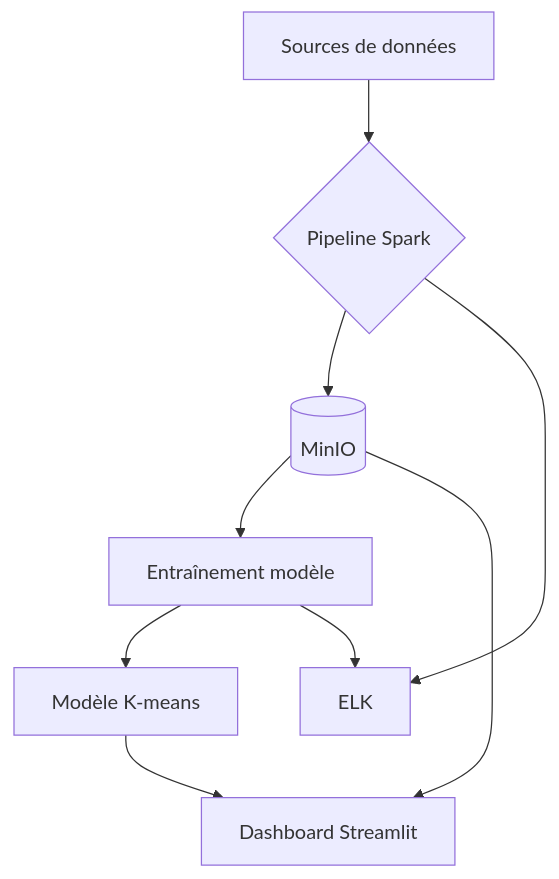
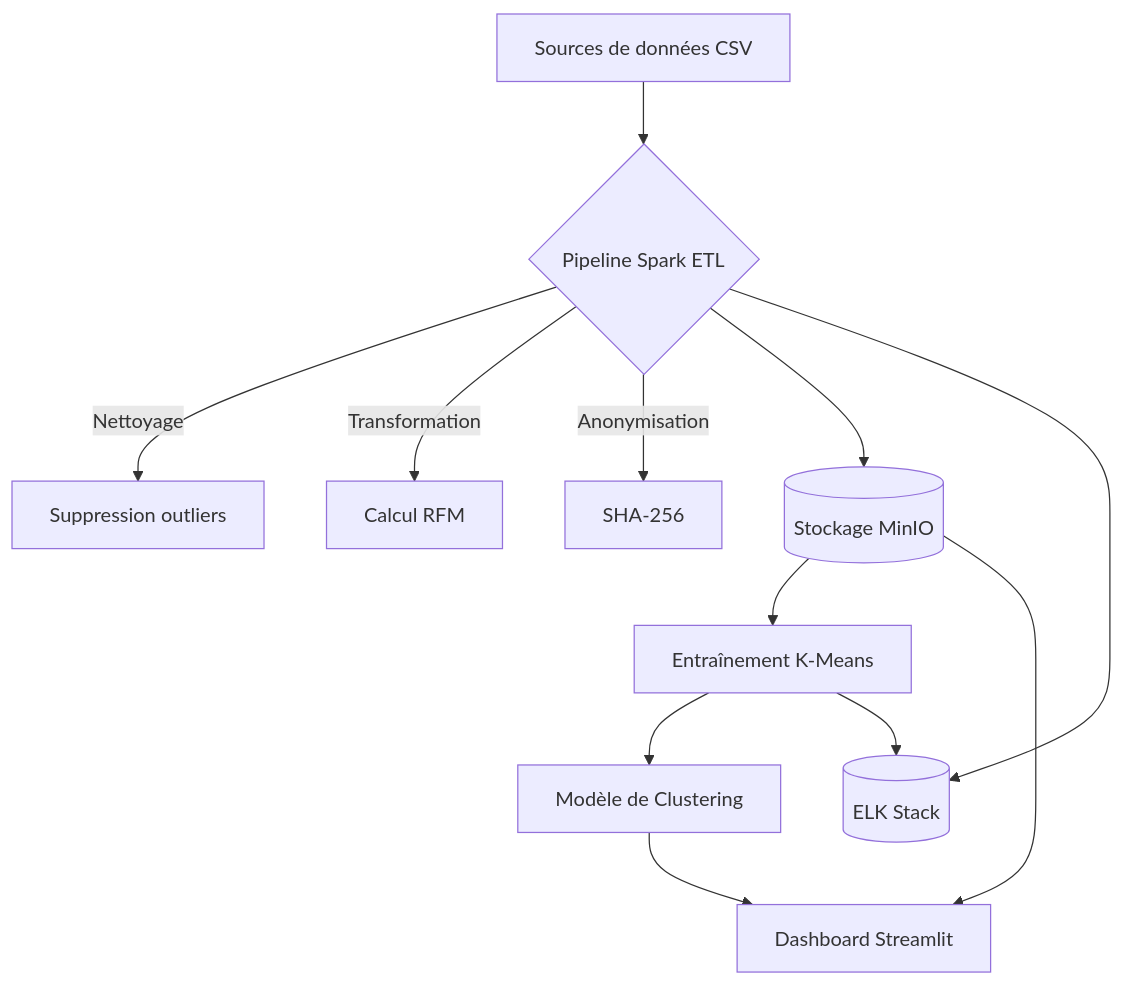
Before and after one commit to kemgangchristian/mspr_amazing: the diagram in README.md, drawn with Mermaid. The commit also changed other lines of this file, not shown here.

Commit message:
Modification du README

````diff
--- a/README.md
+++ b/README.md
@@ -28,11 +30,14 @@
 ```mermaid
 graph TD
-    A[Sources de données] --> B{Pipeline Spark}
-    B --> C[(MinIO)]
-    C --> D[Entraînement modèle]
-    D --> E[Modèle K-means]
+    A[Sources de données CSV] --> B{Pipeline Spark ETL}
+    B -->|Nettoyage| B1[Suppression outliers]
+    B -->|Transformation| B2[Calcul RFM]
+    B -->|Anonymisation| B3[SHA-256]
+    B --> C[(Stockage MinIO)]
+    C --> D[Entraînement K-Means]
+    D --> E[Modèle de Clustering]
     E --> F[Dashboard Streamlit]
     C --> F
-    B --> H[ELK]
+    B --> H[(ELK Stack)]
     D --> H
 ```
````
